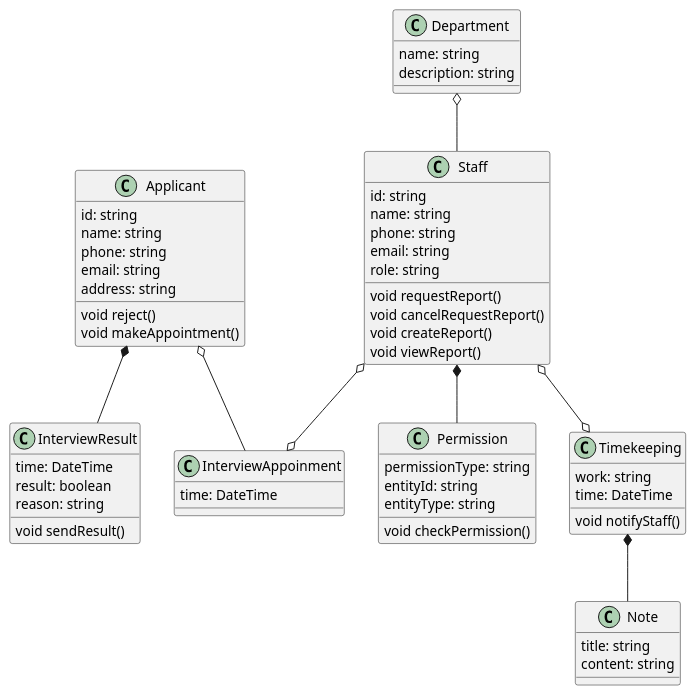
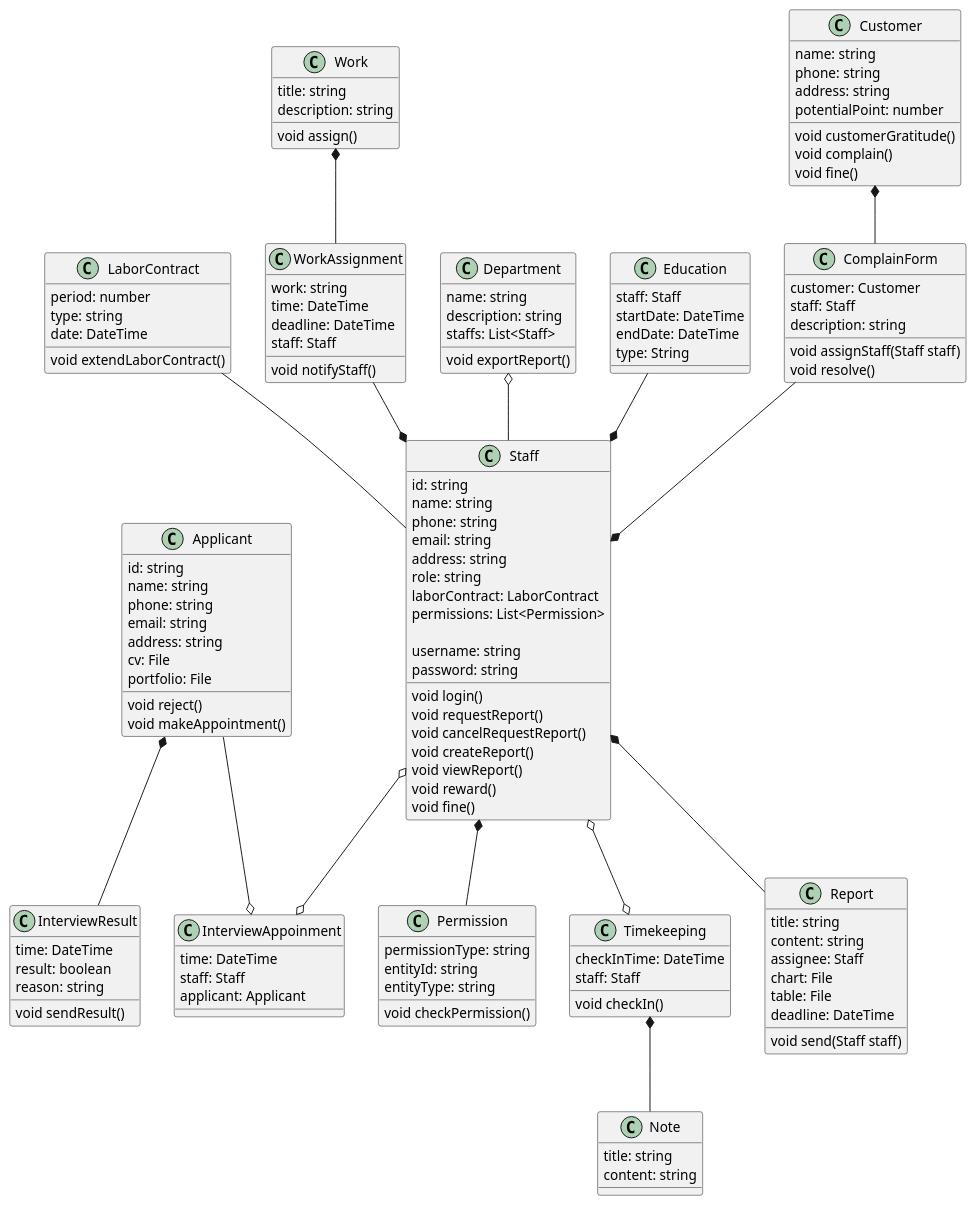
Before and after one commit to bthZang/SE357.O12.PMCL-practice: the diagram in Lab1.2/Class diagram/Class diagram.puml, drawn with PlantUML. The commit also changed 1 other file, not shown here.

Commit message:
update class diagram

```diff
--- a/Lab1.2/Class diagram/Class diagram.puml
+++ b/Lab1.2/Class diagram/Class diagram.puml
@@ -1,71 +1,158 @@
 @startuml "Class diagram"
+
 class Staff {
     id: string
     name: string
     phone: string
     email: string
+    address: string
     role: string
+    laborContract: LaborContract
+    permissions: List<Permission>
 
+    username: string
+    password: string
+
+    void login()
     void requestReport()
     void cancelRequestReport()
     void createReport()
     void viewReport()
+    void reward()
+    void fine()
+}
+
+class LaborContract {
+    period: number
+    type: string
+    date: DateTime
+
+    void extendLaborContract()
 }
 
 class Permission {
     permissionType: string
     entityId: string
     entityType: string
 
     void checkPermission()
 }
 
 class Timekeeping {
+    checkInTime: DateTime
+    staff: Staff
+
+    void checkIn()
+}
+
+class Work {
+    title: string
+    description: string
+
+    void assign()
+}
+
+class WorkAssignment {
     work: string
     time: DateTime
+    deadline: DateTime
+    staff: Staff
 
     void notifyStaff()
 }
 
 class Note {
     title: string
     content: string
 }
 
 class Applicant {
     id: string
     name: string
     phone: string
     email: string
     address: string
+    cv: File
+    portfolio: File
 
     void reject()
     void makeAppointment()
 }
 
 class InterviewResult {
     time: DateTime
     result: boolean
     reason: string
 
     void sendResult()
 }
 
 class InterviewAppoinment {
     time: DateTime
+    staff: Staff
+    applicant: Applicant
 }
 
 class Department {
     name: string
     description: string
+    staffs: List<Staff>
+
+    void exportReport()
+}
+
+class Education {
+    staff: Staff
+    startDate: DateTime
+    endDate: DateTime
+    type: String
+}
+
+class Customer {
+    name: string
+    phone: string
+    address: string
+    potentialPoint: number
+
+    void customerGratitude()
+    void complain()
+    void fine()
+}
+
+class ComplainForm {
+    customer: Customer
+    staff: Staff
+    description: string
+
+    void assignStaff(Staff staff)
+    void resolve()
+}
+
+class Report {
+    title: string
+    content: string
+    assignee: Staff
+    chart: File
+    table: File
+    deadline: DateTime
+
+    void send(Staff staff)
 }
 
 Staff *-- Permission
 Staff o--o Timekeeping
 Timekeeping *-- Note
 Applicant *-- InterviewResult
-Applicant o-- InterviewAppoinment
+Applicant --o InterviewAppoinment
 Staff o--o InterviewAppoinment
 Department o-- Staff
+WorkAssignment --* Staff
+Work *-- WorkAssignment
+LaborContract -- Staff
+Education --* Staff
+Customer *-- ComplainForm
+ComplainForm --* Staff
+Staff *-- Report
+
 
 @enduml
```
